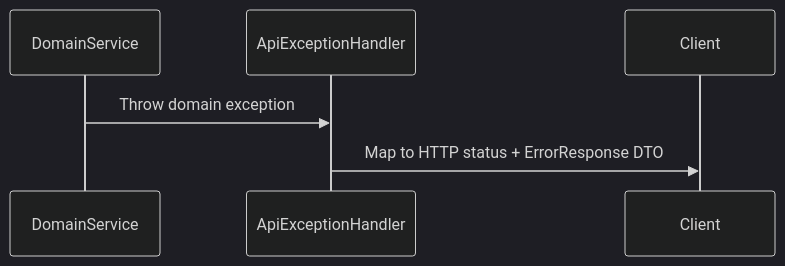
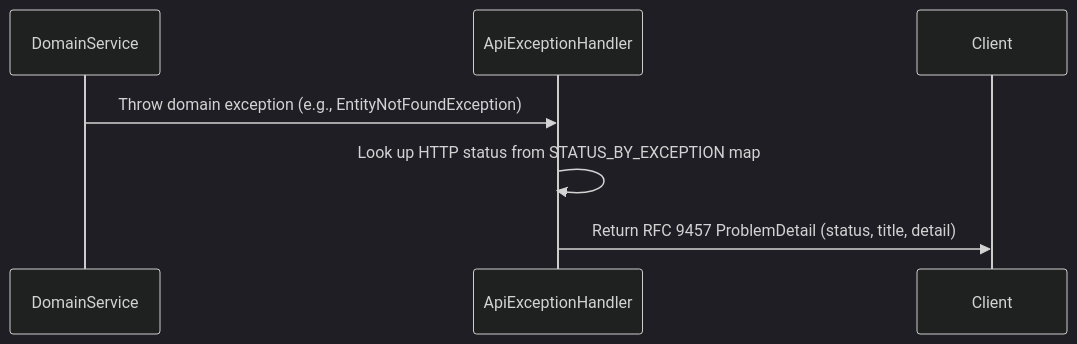
One commit to Decathlon/internal-developer-platform changed the third of 3 diagrams in docs/src/contributing/code/domain-infrastructure.md. Above: the diagram before and after it, drawn with Mermaid (dark theme). The commit also changed other lines of this file and 19 other files, not shown here.

Commit message:
feat(config)!: Change error messages to RFC9457 and Spring capabilities

````diff
--- a/docs/src/contributing/code/domain-infrastructure.md
+++ b/docs/src/contributing/code/domain-infrastructure.md
@@ -184,8 +186,9 @@
 ```mermaid
 sequenceDiagram
     participant DomainService
     participant ApiExceptionHandler
     participant Client
-    DomainService->>ApiExceptionHandler: Throw domain exception
-    ApiExceptionHandler->>Client: Map to HTTP status + ErrorResponse DTO
+    DomainService->>ApiExceptionHandler: Throw domain exception (e.g., EntityNotFoundException)
+    ApiExceptionHandler->>ApiExceptionHandler: Look up HTTP status from STATUS_BY_EXCEPTION map
+    ApiExceptionHandler->>Client: Return RFC 9457 ProblemDetail (status, title, detail)
 ```
````
